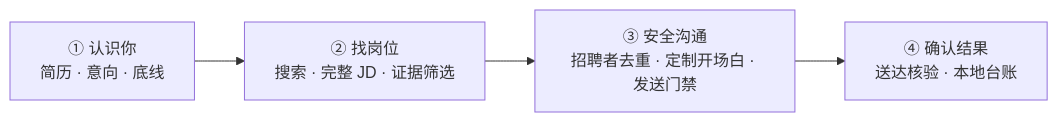
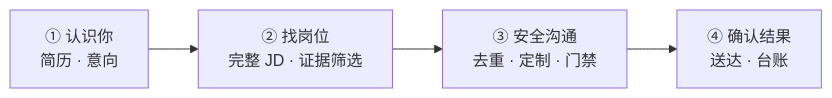
Before and after one commit to yinren112/bossmate: the diagram in README.md, drawn with Mermaid. The commit also changed other lines of this file, not shown here.

````diff
--- a/README.md
+++ b/README.md
@@ -93,8 +93,8 @@
 ```mermaid
 flowchart LR
-    A["① 认识你<br/>简历 · 意向 · 底线"]
-    B["② 找岗位<br/>搜索 · 完整 JD · 证据筛选"]
-    C["③ 安全沟通<br/>招聘者去重 · 定制开场白 · 发送门禁"]
-    D["④ 确认结果<br/>送达核验 · 本地台账"]
+    A["① 认识你<br/>简历 · 意向"]
+    B["② 找岗位<br/>完整 JD · 证据筛选"]
+    C["③ 安全沟通<br/>去重 · 定制 · 门禁"]
+    D["④ 确认结果<br/>送达 · 台账"]
     A --> B --> C --> D
 ```
````
